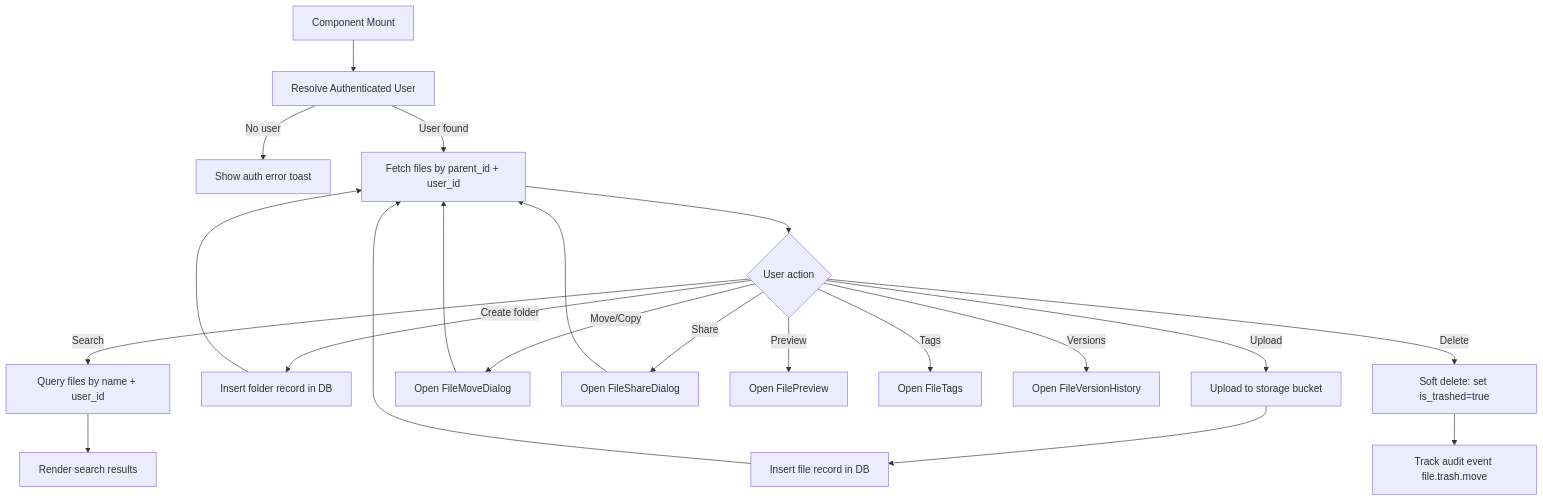
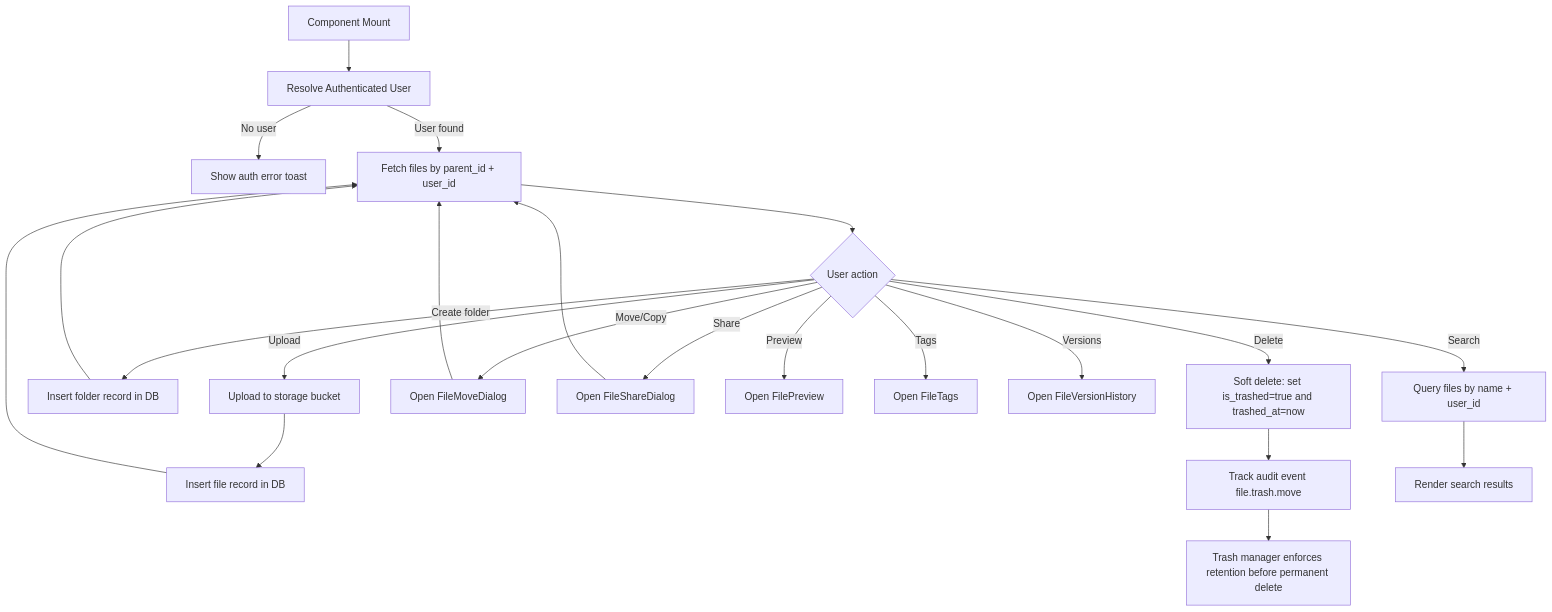
One commit to AmanVatsSharma/AiCloudStorage changed the diagram in app/components/files/README.md. Above: the diagram before and after it, drawn with Mermaid. The commit also changed other lines of this file and 7 other files, not shown here.

Commit message:
Enforce trash retention windows with policy-aware purge controls

````diff
--- a/app/components/files/README.md
+++ b/app/components/files/README.md
@@ -42,23 +43,24 @@
 ```mermaid
 flowchart TD
   A[Component Mount] --> B[Resolve Authenticated User]
   B -->|No user| C[Show auth error toast]
   B -->|User found| D[Fetch files by parent_id + user_id]
   D --> E{User action}
   E -->|Upload| F[Upload to storage bucket]
   F --> G[Insert file record in DB]
   E -->|Create folder| H[Insert folder record in DB]
   E -->|Search| I[Query files by name + user_id]
   E -->|Move/Copy| J[Open FileMoveDialog]
   E -->|Share| K[Open FileShareDialog]
   E -->|Preview| L[Open FilePreview]
   E -->|Tags| M[Open FileTags]
   E -->|Versions| N[Open FileVersionHistory]
-  E -->|Delete| T[Soft delete: set is_trashed=true]
+  E -->|Delete| T[Soft delete: set is_trashed=true and trashed_at=now]
   T --> U[Track audit event file.trash.move]
+  U --> V[Trash manager enforces retention before permanent delete]
   G --> D
   H --> D
   I --> O[Render search results]
   J --> D
   K --> D
 ```
````
